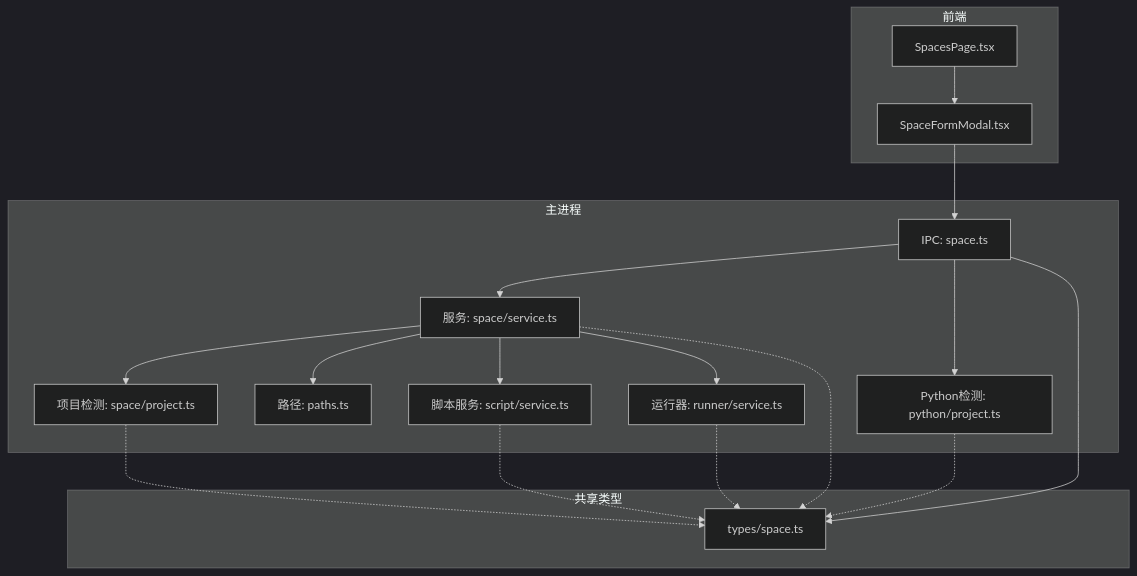
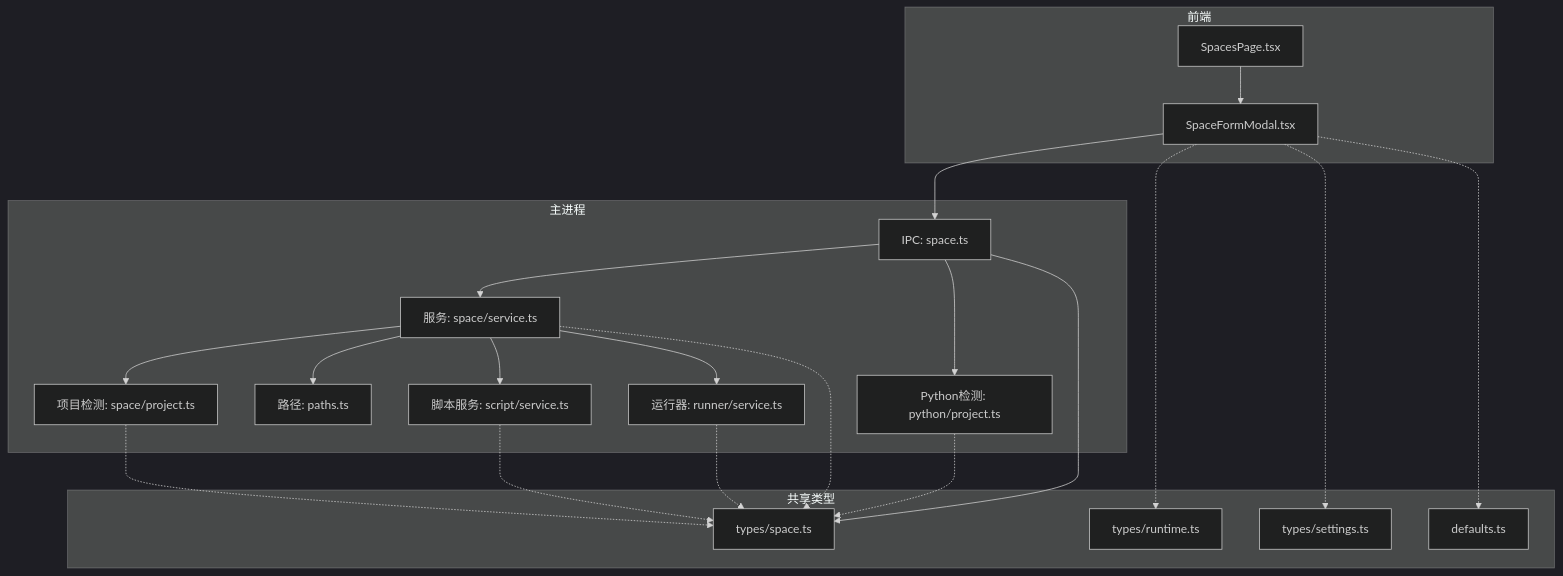
Before and after one commit to hozeeee/script-box: the first of 14 diagrams in .qoder/repowiki/zh/content/核心服务层/Space 服务（项目空间管理）.md, drawn with Mermaid (dark theme). The commit also changed other lines of this file and 2 other files, not shown here.

````diff
--- a/.qoder/repowiki/zh/content/核心服务层/Space 服务（项目空间管理）.md
+++ b/.qoder/repowiki/zh/content/核心服务层/Space 服务（项目空间管理）.md
@@ -61,33 +66,39 @@
 ```mermaid
 graph TB
 subgraph "主进程"
 A["IPC: space.ts"]
 B["服务: space/service.ts"]
 C["Python检测: python/project.ts"]
 D["项目检测: space/project.ts"]
 E["路径: paths.ts"]
 F["脚本服务: script/service.ts"]
 G["运行器: runner/service.ts"]
 end
 subgraph "前端"
 H["SpaceFormModal.tsx"]
 I["SpacesPage.tsx"]
 end
 subgraph "共享类型"
 T["types/space.ts"]
+R["types/runtime.ts"]
+S["types/settings.ts"]
+Df["defaults.ts"]
 end
 A --> B
 A --> C
 B --> D
 B --> E
 B --> F
 B --> G
 H --> A
 I --> H
 A --> T
 B -.-> T
 F -.-> T
 G -.-> T
 C -.-> T
 D -.-> T
+H -.-> R
+H -.-> S
+H -.-> Df
 ```
````
